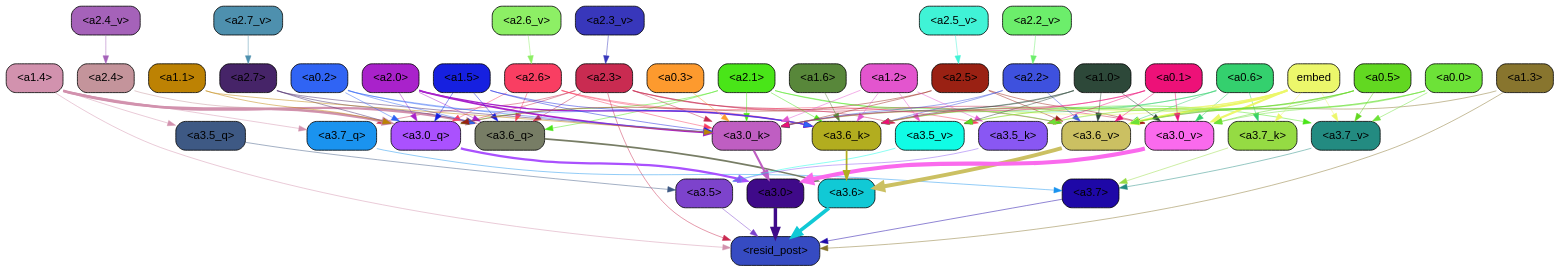
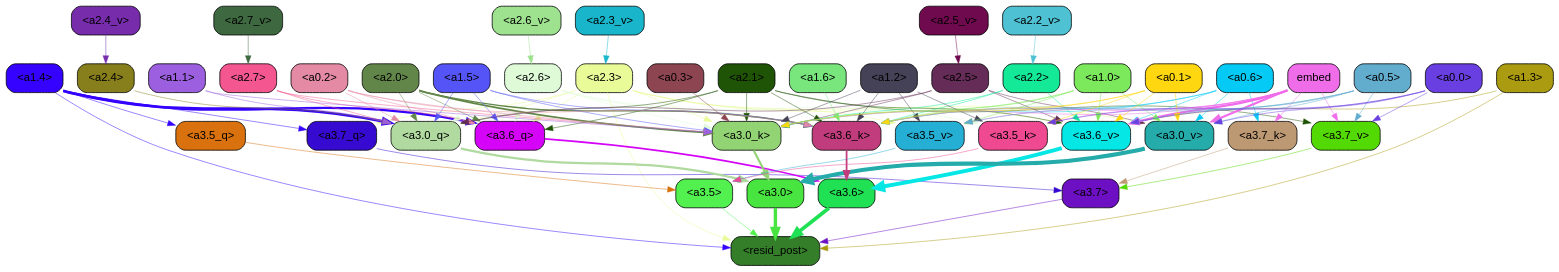
One commit to Aaquib111/edge-attribution-patching changed the diagram in docstring_task/ims/abs_value/thresh0.01_img_43.gv. Above: the diagram before and after it, drawn with Graphviz. The commit also changed 5412 other files, not shown here.

```diff
--- a/docstring_task/ims/abs_value/thresh0.01_img_43.gv
+++ b/docstring_task/ims/abs_value/thresh0.01_img_43.gv
@@ -5,450 +5,450 @@
 		splines=true
 	];
 	"<a3.7>"	[color=black,
-		fillcolor="#1e08a7",
+		fillcolor="#6d0fc2",
 		fontname=Helvetica,
 		shape=box,
 		style="filled, rounded"];
 	"<resid_post>"	[color=black,
-		fillcolor="#364bc2",
+		fillcolor="#347e2a",
 		fontname=Helvetica,
 		shape=box,
 		style="filled, rounded"];
-	"<a3.7>" -> "<resid_post>"	[color="#1e08a7",
+	"<a3.7>" -> "<resid_post>"	[color="#6d0fc2",
 		penwidth=0.6239100098609924];
 	"<a3.6>"	[color=black,
-		fillcolor="#11c9d5",
+		fillcolor="#20e153",
 		fontname=Helvetica,
 		shape=box,
 		style="filled, rounded"];
-	"<a3.6>" -> "<resid_post>"	[color="#11c9d5",
+	"<a3.6>" -> "<resid_post>"	[color="#20e153",
 		penwidth=4.569062113761902];
 	"<a3.5>"	[color=black,
-		fillcolor="#7d43cc",
+		fillcolor="#52f150",
 		fontname=Helvetica,
 		shape=box,
 		style="filled, rounded"];
-	"<a3.5>" -> "<resid_post>"	[color="#7d43cc",
+	"<a3.5>" -> "<resid_post>"	[color="#52f150",
 		penwidth=0.6];
 	"<a3.0>"	[color=black,
-		fillcolor="#3f0a89",
+		fillcolor="#48e540",
 		fontname=Helvetica,
 		shape=box,
 		style="filled, rounded"];
-	"<a3.0>" -> "<resid_post>"	[color="#3f0a89",
+	"<a3.0>" -> "<resid_post>"	[color="#48e540",
 		penwidth=4.283544182777405];
 	"<a2.3>"	[color=black,
-		fillcolor="#c92b51",
+		fillcolor="#e8fb98",
 		fontname=Helvetica,
 		shape=box,
 		style="filled, rounded"];
-	"<a2.3>" -> "<resid_post>"	[color="#c92b51",
+	"<a2.3>" -> "<resid_post>"	[color="#e8fb98",
 		penwidth=0.6];
 	"<a3.7_q>"	[color=black,
-		fillcolor="#1a93ef",
+		fillcolor="#360ad0",
 		fontname=Helvetica,
 		shape=box,
 		style="filled, rounded"];
-	"<a2.3>" -> "<a3.7_q>"	[color="#c92b51",
+	"<a2.3>" -> "<a3.7_q>"	[color="#e8fb98",
 		penwidth=0.6];
 	"<a3.6_q>"	[color=black,
-		fillcolor="#777d65",
+		fillcolor="#d503f8",
 		fontname=Helvetica,
 		shape=box,
 		style="filled, rounded"];
-	"<a2.3>" -> "<a3.6_q>"	[color="#c92b51",
+	"<a2.3>" -> "<a3.6_q>"	[color="#e8fb98",
 		penwidth=0.6];
 	"<a3.0_q>"	[color=black,
-		fillcolor="#aa51fe",
+		fillcolor="#b0da9f",
 		fontname=Helvetica,
 		shape=box,
 		style="filled, rounded"];
-	"<a2.3>" -> "<a3.0_q>"	[color="#c92b51",
+	"<a2.3>" -> "<a3.0_q>"	[color="#e8fb98",
 		penwidth=0.6];
 	"<a3.0_k>"	[color=black,
-		fillcolor="#bf5ec2",
+		fillcolor="#92d474",
 		fontname=Helvetica,
 		shape=box,
 		style="filled, rounded"];
-	"<a2.3>" -> "<a3.0_k>"	[color="#c92b51",
+	"<a2.3>" -> "<a3.0_k>"	[color="#e8fb98",
 		penwidth=0.6];
 	"<a3.6_v>"	[color=black,
-		fillcolor="#cbc062",
+		fillcolor="#05e7e5",
 		fontname=Helvetica,
 		shape=box,
 		style="filled, rounded"];
-	"<a2.3>" -> "<a3.6_v>"	[color="#c92b51",
+	"<a2.3>" -> "<a3.6_v>"	[color="#e8fb98",
 		penwidth=0.6];
 	"<a3.5_v>"	[color=black,
-		fillcolor="#10fce5",
+		fillcolor="#25afd4",
 		fontname=Helvetica,
 		shape=box,
 		style="filled, rounded"];
-	"<a2.3>" -> "<a3.5_v>"	[color="#c92b51",
+	"<a2.3>" -> "<a3.5_v>"	[color="#e8fb98",
 		penwidth=0.6];
 	"<a3.0_v>"	[color=black,
-		fillcolor="#fa6aed",
+		fillcolor="#24abaa",
 		fontname=Helvetica,
 		shape=box,
 		style="filled, rounded"];
-	"<a2.3>" -> "<a3.0_v>"	[color="#c92b51",
+	"<a2.3>" -> "<a3.0_v>"	[color="#e8fb98",
 		penwidth=0.6];
 	"<a1.4>"	[color=black,
-		fillcolor="#d292ae",
+		fillcolor="#3402fe",
 		fontname=Helvetica,
 		shape=box,
 		style="filled, rounded"];
-	"<a1.4>" -> "<resid_post>"	[color="#d292ae",
+	"<a1.4>" -> "<resid_post>"	[color="#3402fe",
 		penwidth=0.6];
-	"<a1.4>" -> "<a3.7_q>"	[color="#d292ae",
+	"<a1.4>" -> "<a3.7_q>"	[color="#3402fe",
 		penwidth=0.6];
-	"<a1.4>" -> "<a3.6_q>"	[color="#d292ae",
+	"<a1.4>" -> "<a3.6_q>"	[color="#3402fe",
 		penwidth=2.7934007048606873];
 	"<a3.5_q>"	[color=black,
-		fillcolor="#3e5984",
+		fillcolor="#d8710e",
 		fontname=Helvetica,
 		shape=box,
 		style="filled, rounded"];
-	"<a1.4>" -> "<a3.5_q>"	[color="#d292ae",
+	"<a1.4>" -> "<a3.5_q>"	[color="#3402fe",
 		penwidth=0.6];
-	"<a1.4>" -> "<a3.0_q>"	[color="#d292ae",
+	"<a1.4>" -> "<a3.0_q>"	[color="#3402fe",
 		penwidth=3.340754985809326];
 	"<a1.3>"	[color=black,
-		fillcolor="#88752e",
+		fillcolor="#aa9b11",
 		fontname=Helvetica,
 		shape=box,
 		style="filled, rounded"];
-	"<a1.3>" -> "<resid_post>"	[color="#88752e",
+	"<a1.3>" -> "<resid_post>"	[color="#aa9b11",
 		penwidth=0.6];
-	"<a1.3>" -> "<a3.6_v>"	[color="#88752e",
+	"<a1.3>" -> "<a3.6_v>"	[color="#aa9b11",
 		penwidth=0.6];
-	"<a3.7_q>" -> "<a3.7>"	[color="#1a93ef",
+	"<a3.7_q>" -> "<a3.7>"	[color="#360ad0",
 		penwidth=0.6];
-	"<a3.6_q>" -> "<a3.6>"	[color="#777d65",
+	"<a3.6_q>" -> "<a3.6>"	[color="#d503f8",
 		penwidth=2.0347584784030914];
-	"<a3.5_q>" -> "<a3.5>"	[color="#3e5984",
+	"<a3.5_q>" -> "<a3.5>"	[color="#d8710e",
 		penwidth=0.6];
-	"<a3.0_q>" -> "<a3.0>"	[color="#aa51fe",
+	"<a3.0_q>" -> "<a3.0>"	[color="#b0da9f",
 		penwidth=2.8635367155075073];
 	"<a3.7_k>"	[color=black,
-		fillcolor="#95db43",
+		fillcolor="#bc9873",
 		fontname=Helvetica,
 		shape=box,
 		style="filled, rounded"];
-	"<a3.7_k>" -> "<a3.7>"	[color="#95db43",
+	"<a3.7_k>" -> "<a3.7>"	[color="#bc9873",
 		penwidth=0.6];
 	"<a3.6_k>"	[color=black,
-		fillcolor="#b2ad1f",
+		fillcolor="#c13c7d",
 		fontname=Helvetica,
 		shape=box,
 		style="filled, rounded"];
-	"<a3.6_k>" -> "<a3.6>"	[color="#b2ad1f",
+	"<a3.6_k>" -> "<a3.6>"	[color="#c13c7d",
 		penwidth=2.1760786175727844];
 	"<a3.5_k>"	[color=black,
-		fillcolor="#8957f3",
+		fillcolor="#ee4991",
 		fontname=Helvetica,
 		shape=box,
 		style="filled, rounded"];
-	"<a3.5_k>" -> "<a3.5>"	[color="#8957f3",
+	"<a3.5_k>" -> "<a3.5>"	[color="#ee4991",
 		penwidth=0.6];
-	"<a3.0_k>" -> "<a3.0>"	[color="#bf5ec2",
+	"<a3.0_k>" -> "<a3.0>"	[color="#92d474",
 		penwidth=2.632905662059784];
 	"<a3.7_v>"	[color=black,
-		fillcolor="#238b81",
+		fillcolor="#53da04",
 		fontname=Helvetica,
 		shape=box,
 		style="filled, rounded"];
-	"<a3.7_v>" -> "<a3.7>"	[color="#238b81",
+	"<a3.7_v>" -> "<a3.7>"	[color="#53da04",
 		penwidth=0.6];
-	"<a3.6_v>" -> "<a3.6>"	[color="#cbc062",
+	"<a3.6_v>" -> "<a3.6>"	[color="#05e7e5",
 		penwidth=4.981305837631226];
-	"<a3.5_v>" -> "<a3.5>"	[color="#10fce5",
+	"<a3.5_v>" -> "<a3.5>"	[color="#25afd4",
 		penwidth=0.6];
-	"<a3.0_v>" -> "<a3.0>"	[color="#fa6aed",
+	"<a3.0_v>" -> "<a3.0>"	[color="#24abaa",
 		penwidth=5.168330669403076];
 	"<a2.7>"	[color=black,
-		fillcolor="#462468",
+		fillcolor="#f4578f",
 		fontname=Helvetica,
 		shape=box,
 		style="filled, rounded"];
-	"<a2.7>" -> "<a3.6_q>"	[color="#462468",
+	"<a2.7>" -> "<a3.6_q>"	[color="#f4578f",
 		penwidth=0.6];
-	"<a2.7>" -> "<a3.0_q>"	[color="#462468",
+	"<a2.7>" -> "<a3.0_q>"	[color="#f4578f",
 		penwidth=0.6];
-	"<a2.7>" -> "<a3.0_k>"	[color="#462468",
+	"<a2.7>" -> "<a3.0_k>"	[color="#f4578f",
 		penwidth=0.6];
 	"<a2.6>"	[color=black,
-		fillcolor="#f93e62",
+		fillcolor="#dffad7",
 		fontname=Helvetica,
 		shape=box,
 		style="filled, rounded"];
-	"<a2.6>" -> "<a3.6_q>"	[color="#f93e62",
+	"<a2.6>" -> "<a3.6_q>"	[color="#dffad7",
 		penwidth=0.6];
-	"<a2.6>" -> "<a3.0_q>"	[color="#f93e62",
+	"<a2.6>" -> "<a3.0_q>"	[color="#dffad7",
 		penwidth=0.6];
-	"<a2.6>" -> "<a3.6_k>"	[color="#f93e62",
+	"<a2.6>" -> "<a3.6_k>"	[color="#dffad7",
 		penwidth=0.6];
-	"<a2.6>" -> "<a3.5_k>"	[color="#f93e62",
+	"<a2.6>" -> "<a3.5_k>"	[color="#dffad7",
 		penwidth=0.6];
-	"<a2.6>" -> "<a3.0_k>"	[color="#f93e62",
+	"<a2.6>" -> "<a3.0_k>"	[color="#dffad7",
 		penwidth=0.6];
 	"<a2.1>"	[color=black,
-		fillcolor="#49e518",
+		fillcolor="#1f5306",
 		fontname=Helvetica,
 		shape=box,
 		style="filled, rounded"];
-	"<a2.1>" -> "<a3.6_q>"	[color="#49e518",
+	"<a2.1>" -> "<a3.6_q>"	[color="#1f5306",
 		penwidth=0.6];
-	"<a2.1>" -> "<a3.0_q>"	[color="#49e518",
+	"<a2.1>" -> "<a3.0_q>"	[color="#1f5306",
 		penwidth=0.6];
-	"<a2.1>" -> "<a3.6_k>"	[color="#49e518",
+	"<a2.1>" -> "<a3.6_k>"	[color="#1f5306",
 		penwidth=0.6];
-	"<a2.1>" -> "<a3.0_k>"	[color="#49e518",
+	"<a2.1>" -> "<a3.0_k>"	[color="#1f5306",
 		penwidth=0.6];
-	"<a2.1>" -> "<a3.7_v>"	[color="#49e518",
+	"<a2.1>" -> "<a3.7_v>"	[color="#1f5306",
 		penwidth=0.6];
-	"<a2.1>" -> "<a3.6_v>"	[color="#49e518",
+	"<a2.1>" -> "<a3.6_v>"	[color="#1f5306",
 		penwidth=0.6];
 	"<a2.0>"	[color=black,
-		fillcolor="#a922cb",
+		fillcolor="#628649",
 		fontname=Helvetica,
 		shape=box,
 		style="filled, rounded"];
-	"<a2.0>" -> "<a3.6_q>"	[color="#a922cb",
+	"<a2.0>" -> "<a3.6_q>"	[color="#628649",
 		penwidth=0.6];
-	"<a2.0>" -> "<a3.0_q>"	[color="#a922cb",
+	"<a2.0>" -> "<a3.0_q>"	[color="#628649",
 		penwidth=0.6];
-	"<a2.0>" -> "<a3.6_k>"	[color="#a922cb",
+	"<a2.0>" -> "<a3.6_k>"	[color="#628649",
 		penwidth=1.6382827460765839];
-	"<a2.0>" -> "<a3.0_k>"	[color="#a922cb",
+	"<a2.0>" -> "<a3.0_k>"	[color="#628649",
 		penwidth=2.161143198609352];
 	"<a1.5>"	[color=black,
-		fillcolor="#1620e0",
+		fillcolor="#5555f7",
 		fontname=Helvetica,
 		shape=box,
 		style="filled, rounded"];
-	"<a1.5>" -> "<a3.6_q>"	[color="#1620e0",
+	"<a1.5>" -> "<a3.6_q>"	[color="#5555f7",
 		penwidth=0.6];
-	"<a1.5>" -> "<a3.0_q>"	[color="#1620e0",
+	"<a1.5>" -> "<a3.0_q>"	[color="#5555f7",
 		penwidth=0.6];
-	"<a1.5>" -> "<a3.6_k>"	[color="#1620e0",
+	"<a1.5>" -> "<a3.6_k>"	[color="#5555f7",
 		penwidth=0.6];
-	"<a1.5>" -> "<a3.0_k>"	[color="#1620e0",
+	"<a1.5>" -> "<a3.0_k>"	[color="#5555f7",
 		penwidth=0.6];
 	"<a0.2>"	[color=black,
-		fillcolor="#3064f4",
+		fillcolor="#e48aa5",
 		fontname=Helvetica,
 		shape=box,
 		style="filled, rounded"];
-	"<a0.2>" -> "<a3.6_q>"	[color="#3064f4",
+	"<a0.2>" -> "<a3.6_q>"	[color="#e48aa5",
 		penwidth=0.6];
-	"<a0.2>" -> "<a3.0_q>"	[color="#3064f4",
+	"<a0.2>" -> "<a3.0_q>"	[color="#e48aa5",
 		penwidth=0.6];
-	"<a0.2>" -> "<a3.6_k>"	[color="#3064f4",
+	"<a0.2>" -> "<a3.6_k>"	[color="#e48aa5",
 		penwidth=0.6];
-	"<a0.2>" -> "<a3.0_k>"	[color="#3064f4",
+	"<a0.2>" -> "<a3.0_k>"	[color="#e48aa5",
 		penwidth=0.6];
 	"<a2.5>"	[color=black,
-		fillcolor="#9a2113",
+		fillcolor="#652c57",
 		fontname=Helvetica,
 		shape=box,
 		style="filled, rounded"];
-	"<a2.5>" -> "<a3.0_q>"	[color="#9a2113",
+	"<a2.5>" -> "<a3.0_q>"	[color="#652c57",
 		penwidth=0.6];
-	"<a2.5>" -> "<a3.0_k>"	[color="#9a2113",
+	"<a2.5>" -> "<a3.0_k>"	[color="#652c57",
 		penwidth=0.6];
-	"<a2.5>" -> "<a3.6_v>"	[color="#9a2113",
+	"<a2.5>" -> "<a3.6_v>"	[color="#652c57",
 		penwidth=0.6];
-	"<a2.5>" -> "<a3.0_v>"	[color="#9a2113",
+	"<a2.5>" -> "<a3.0_v>"	[color="#652c57",
 		penwidth=0.6];
 	"<a2.4>"	[color=black,
-		fillcolor="#c4949b",
+		fillcolor="#877e1c",
 		fontname=Helvetica,
 		shape=box,
 		style="filled, rounded"];
-	"<a2.4>" -> "<a3.0_q>"	[color="#c4949b",
+	"<a2.4>" -> "<a3.0_q>"	[color="#877e1c",
 		penwidth=0.6];
 	"<a1.1>"	[color=black,
-		fillcolor="#bd8203",
+		fillcolor="#9c5fdf",
 		fontname=Helvetica,
 		shape=box,
 		style="filled, rounded"];
-	"<a1.1>" -> "<a3.0_q>"	[color="#bd8203",
+	"<a1.1>" -> "<a3.0_q>"	[color="#9c5fdf",
 		penwidth=0.6];
-	"<a1.1>" -> "<a3.0_k>"	[color="#bd8203",
+	"<a1.1>" -> "<a3.0_k>"	[color="#9c5fdf",
 		penwidth=0.6];
 	"<a0.6>"	[color=black,
-		fillcolor="#34d06e",
+		fillcolor="#05caf5",
 		fontname=Helvetica,
 		shape=box,
 		style="filled, rounded"];
-	"<a0.6>" -> "<a3.7_k>"	[color="#34d06e",
+	"<a0.6>" -> "<a3.7_k>"	[color="#05caf5",
 		penwidth=0.6];
-	"<a0.6>" -> "<a3.6_k>"	[color="#34d06e",
+	"<a0.6>" -> "<a3.6_k>"	[color="#05caf5",
 		penwidth=0.6];
-	"<a0.6>" -> "<a3.0_k>"	[color="#34d06e",
+	"<a0.6>" -> "<a3.0_k>"	[color="#05caf5",
 		penwidth=0.6];
-	"<a0.6>" -> "<a3.6_v>"	[color="#34d06e",
+	"<a0.6>" -> "<a3.6_v>"	[color="#05caf5",
 		penwidth=0.6];
-	"<a0.6>" -> "<a3.0_v>"	[color="#34d06e",
+	"<a0.6>" -> "<a3.0_v>"	[color="#05caf5",
 		penwidth=0.6];
 	embed	[color=black,
-		fillcolor="#ecf76b",
+		fillcolor="#f06dea",
 		fontname=Helvetica,
 		shape=box,
 		style="filled, rounded"];
-	embed -> "<a3.7_k>"	[color="#ecf76b",
+	embed -> "<a3.7_k>"	[color="#f06dea",
 		penwidth=0.6];
-	embed -> "<a3.6_k>"	[color="#ecf76b",
+	embed -> "<a3.6_k>"	[color="#f06dea",
 		penwidth=0.6];
-	embed -> "<a3.5_k>"	[color="#ecf76b",
+	embed -> "<a3.5_k>"	[color="#f06dea",
 		penwidth=0.6];
-	embed -> "<a3.0_k>"	[color="#ecf76b",
+	embed -> "<a3.0_k>"	[color="#f06dea",
 		penwidth=0.6];
-	embed -> "<a3.7_v>"	[color="#ecf76b",
+	embed -> "<a3.7_v>"	[color="#f06dea",
 		penwidth=0.6];
-	embed -> "<a3.6_v>"	[color="#ecf76b",
+	embed -> "<a3.6_v>"	[color="#f06dea",
 		penwidth=2.7825746536254883];
-	embed -> "<a3.5_v>"	[color="#ecf76b",
+	embed -> "<a3.5_v>"	[color="#f06dea",
 		penwidth=0.6];
-	embed -> "<a3.0_v>"	[color="#ecf76b",
+	embed -> "<a3.0_v>"	[color="#f06dea",
 		penwidth=2.6950180530548096];
 	"<a2.2>"	[color=black,
-		fillcolor="#3e51de",
+		fillcolor="#14e998",
 		fontname=Helvetica,
 		shape=box,
 		style="filled, rounded"];
-	"<a2.2>" -> "<a3.6_k>"	[color="#3e51de",
+	"<a2.2>" -> "<a3.6_k>"	[color="#14e998",
 		penwidth=0.6];
-	"<a2.2>" -> "<a3.0_k>"	[color="#3e51de",
+	"<a2.2>" -> "<a3.0_k>"	[color="#14e998",
 		penwidth=0.6];
-	"<a2.2>" -> "<a3.6_v>"	[color="#3e51de",
+	"<a2.2>" -> "<a3.6_v>"	[color="#14e998",
 		penwidth=0.6];
 	"<a1.6>"	[color=black,
-		fillcolor="#58873a",
+		fillcolor="#78e67c",
 		fontname=Helvetica,
 		shape=box,
 		style="filled, rounded"];
-	"<a1.6>" -> "<a3.6_k>"	[color="#58873a",
+	"<a1.6>" -> "<a3.6_k>"	[color="#78e67c",
 		penwidth=0.6];
 	"<a1.2>"	[color=black,
-		fillcolor="#e355ce",
+		fillcolor="#454257",
 		fontname=Helvetica,
 		shape=box,
 		style="filled, rounded"];
-	"<a1.2>" -> "<a3.6_k>"	[color="#e355ce",
+	"<a1.2>" -> "<a3.6_k>"	[color="#454257",
 		penwidth=0.6];
-	"<a1.2>" -> "<a3.5_k>"	[color="#e355ce",
+	"<a1.2>" -> "<a3.5_k>"	[color="#454257",
 		penwidth=0.6];
-	"<a1.2>" -> "<a3.0_k>"	[color="#e355ce",
+	"<a1.2>" -> "<a3.0_k>"	[color="#454257",
 		penwidth=0.6];
-	"<a1.2>" -> "<a3.5_v>"	[color="#e355ce",
+	"<a1.2>" -> "<a3.5_v>"	[color="#454257",
 		penwidth=0.6];
 	"<a1.0>"	[color=black,
-		fillcolor="#2d4839",
+		fillcolor="#7ce95c",
 		fontname=Helvetica,
 		shape=box,
 		style="filled, rounded"];
-	"<a1.0>" -> "<a3.6_k>"	[color="#2d4839",
+	"<a1.0>" -> "<a3.6_k>"	[color="#7ce95c",
 		penwidth=0.6];
-	"<a1.0>" -> "<a3.0_k>"	[color="#2d4839",
+	"<a1.0>" -> "<a3.0_k>"	[color="#7ce95c",
 		penwidth=0.6];
-	"<a1.0>" -> "<a3.6_v>"	[color="#2d4839",
+	"<a1.0>" -> "<a3.6_v>"	[color="#7ce95c",
 		penwidth=0.6];
-	"<a1.0>" -> "<a3.5_v>"	[color="#2d4839",
+	"<a1.0>" -> "<a3.5_v>"	[color="#7ce95c",
 		penwidth=0.6];
-	"<a1.0>" -> "<a3.0_v>"	[color="#2d4839",
+	"<a1.0>" -> "<a3.0_v>"	[color="#7ce95c",
 		penwidth=0.6];
 	"<a0.5>"	[color=black,
-		fillcolor="#62d821",
+		fillcolor="#62acce",
 		fontname=Helvetica,
 		shape=box,
 		style="filled, rounded"];
-	"<a0.5>" -> "<a3.6_k>"	[color="#62d821",
+	"<a0.5>" -> "<a3.6_k>"	[color="#62acce",
 		penwidth=0.6];
-	"<a0.5>" -> "<a3.7_v>"	[color="#62d821",
+	"<a0.5>" -> "<a3.7_v>"	[color="#62acce",
 		penwidth=0.6];
-	"<a0.5>" -> "<a3.6_v>"	[color="#62d821",
+	"<a0.5>" -> "<a3.6_v>"	[color="#62acce",
 		penwidth=0.6];
-	"<a0.5>" -> "<a3.5_v>"	[color="#62d821",
+	"<a0.5>" -> "<a3.5_v>"	[color="#62acce",
 		penwidth=0.6];
-	"<a0.5>" -> "<a3.0_v>"	[color="#62d821",
+	"<a0.5>" -> "<a3.0_v>"	[color="#62acce",
 		penwidth=0.6];
 	"<a0.1>"	[color=black,
-		fillcolor="#ed1178",
+		fillcolor="#ffd710",
 		fontname=Helvetica,
 		shape=box,
 		style="filled, rounded"];
-	"<a0.1>" -> "<a3.6_k>"	[color="#ed1178",
+	"<a0.1>" -> "<a3.6_k>"	[color="#ffd710",
 		penwidth=0.6];
-	"<a0.1>" -> "<a3.5_k>"	[color="#ed1178",
+	"<a0.1>" -> "<a3.5_k>"	[color="#ffd710",
 		penwidth=0.6];
-	"<a0.1>" -> "<a3.0_k>"	[color="#ed1178",
+	"<a0.1>" -> "<a3.0_k>"	[color="#ffd710",
 		penwidth=0.6];
-	"<a0.1>" -> "<a3.6_v>"	[color="#ed1178",
+	"<a0.1>" -> "<a3.6_v>"	[color="#ffd710",
 		penwidth=0.6];
-	"<a0.1>" -> "<a3.0_v>"	[color="#ed1178",
+	"<a0.1>" -> "<a3.0_v>"	[color="#ffd710",
 		penwidth=0.6];
 	"<a0.0>"	[color=black,
-		fillcolor="#6de238",
+		fillcolor="#6a3fe2",
 		fontname=Helvetica,
 		shape=box,
 		style="filled, rounded"];
-	"<a0.0>" -> "<a3.5_k>"	[color="#6de238",
+	"<a0.0>" -> "<a3.5_k>"	[color="#6a3fe2",
 		penwidth=0.6];
-	"<a0.0>" -> "<a3.7_v>"	[color="#6de238",
+	"<a0.0>" -> "<a3.7_v>"	[color="#6a3fe2",
 		penwidth=0.6];
-	"<a0.0>" -> "<a3.6_v>"	[color="#6de238",
+	"<a0.0>" -> "<a3.6_v>"	[color="#6a3fe2",
 		penwidth=0.6];
-	"<a0.0>" -> "<a3.0_v>"	[color="#6de238",
+	"<a0.0>" -> "<a3.0_v>"	[color="#6a3fe2",
 		penwidth=0.6];
 	"<a0.3>"	[color=black,
-		fillcolor="#fd9a2e",
+		fillcolor="#8d4551",
 		fontname=Helvetica,
 		shape=box,
 		style="filled, rounded"];
-	"<a0.3>" -> "<a3.0_k>"	[color="#fd9a2e",
+	"<a0.3>" -> "<a3.0_k>"	[color="#8d4551",
 		penwidth=0.6];
 	"<a2.7_v>"	[color=black,
-		fillcolor="#4e90ae",
+		fillcolor="#3e6940",
 		fontname=Helvetica,
 		shape=box,
 		style="filled, rounded"];
-	"<a2.7_v>" -> "<a2.7>"	[color="#4e90ae",
+	"<a2.7_v>" -> "<a2.7>"	[color="#3e6940",
 		penwidth=0.6];
 	"<a2.6_v>"	[color=black,
-		fillcolor="#8def65",
+		fillcolor="#9ee290",
 		fontname=Helvetica,
 		shape=box,
 		style="filled, rounded"];
-	"<a2.6_v>" -> "<a2.6>"	[color="#8def65",
+	"<a2.6_v>" -> "<a2.6>"	[color="#9ee290",
 		penwidth=0.6];
 	"<a2.5_v>"	[color=black,
-		fillcolor="#40f3d6",
+		fillcolor="#700a4e",
 		fontname=Helvetica,
 		shape=box,
 		style="filled, rounded"];
-	"<a2.5_v>" -> "<a2.5>"	[color="#40f3d6",
+	"<a2.5_v>" -> "<a2.5>"	[color="#700a4e",
 		penwidth=0.6];
 	"<a2.4_v>"	[color=black,
-		fillcolor="#a562b9",
+		fillcolor="#772cac",
 		fontname=Helvetica,
 		shape=box,
 		style="filled, rounded"];
-	"<a2.4_v>" -> "<a2.4>"	[color="#a562b9",
+	"<a2.4_v>" -> "<a2.4>"	[color="#772cac",
 		penwidth=0.6];
 	"<a2.3_v>"	[color=black,
-		fillcolor="#3837bb",
+		fillcolor="#19b6cb",
 		fontname=Helvetica,
 		shape=box,
 		style="filled, rounded"];
-	"<a2.3_v>" -> "<a2.3>"	[color="#3837bb",
+	"<a2.3_v>" -> "<a2.3>"	[color="#19b6cb",
 		penwidth=0.6];
 	"<a2.2_v>"	[color=black,
-		fillcolor="#6cee6b",
+		fillcolor="#4ec1d3",
 		fontname=Helvetica,
 		shape=box,
 		style="filled, rounded"];
-	"<a2.2_v>" -> "<a2.2>"	[color="#6cee6b",
+	"<a2.2_v>" -> "<a2.2>"	[color="#4ec1d3",
 		penwidth=0.6];
 }
```
